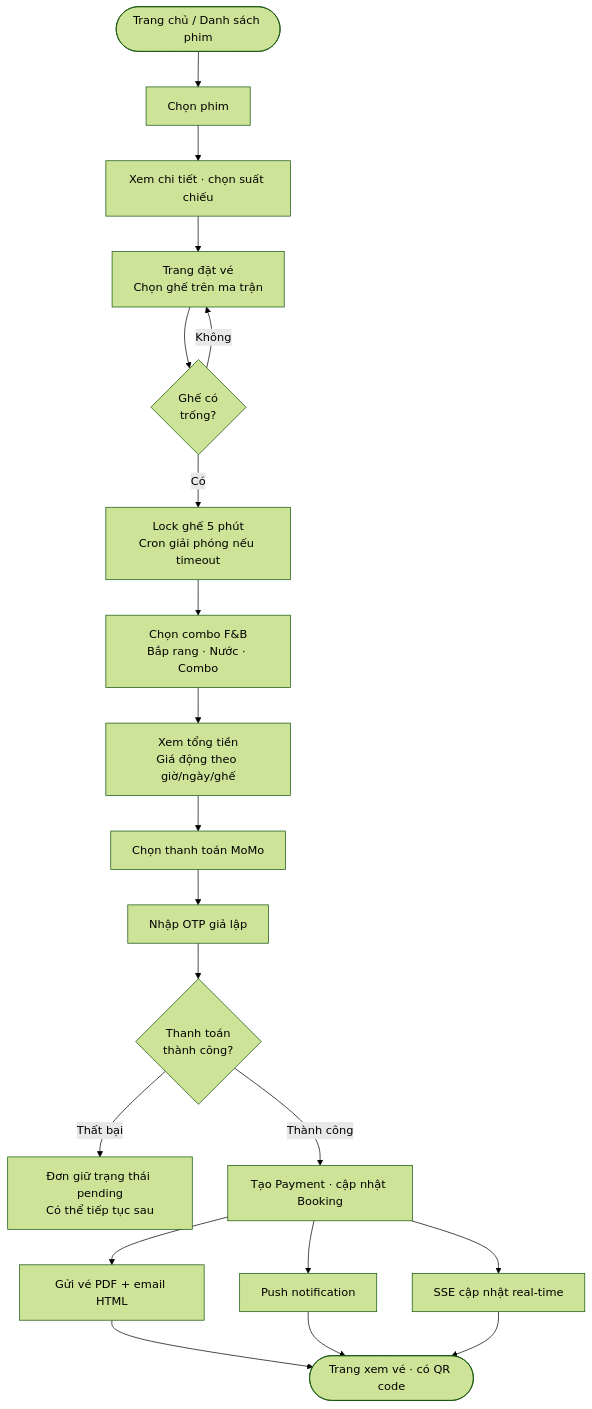
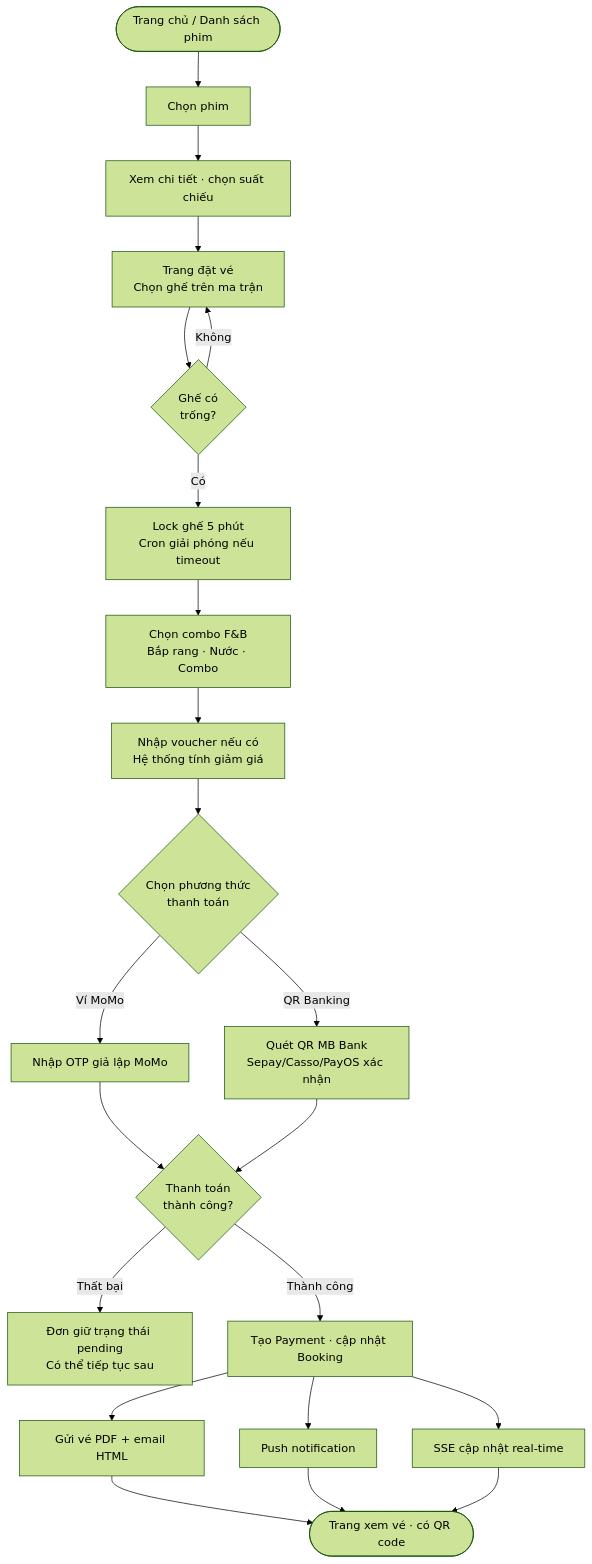
One commit to dduck210/cine-clone changed the first of 3 diagrams in docs/project-overview.md. Above: the diagram before and after it, drawn with Mermaid (forest theme). The commit also changed other lines of this file, not shown here.

````diff
--- a/docs/project-overview.md
+++ b/docs/project-overview.md
@@ -62,20 +94,21 @@
 ```mermaid
 flowchart TD
     A([Trang chủ / Danh sách phim]) --> B[Chọn phim]
     B --> C[Xem chi tiết · chọn suất chiếu]
     C --> D[Trang đặt vé\nChọn ghế trên ma trận]
     D --> E{Ghế có\ntrống?}
     E -- Không --> D
     E -- Có --> F[Lock ghế 5 phút\nCron giải phóng nếu timeout]
     F --> G[Chọn combo F&B\nBắp rang · Nước · Combo]
-    G --> H[Xem tổng tiền\nGiá động theo giờ/ngày/ghế]
-    H --> I[Chọn thanh toán MoMo]
-    I --> J[Nhập OTP giả lập]
-    J --> K{Thanh toán\nthành công?}
+    G --> H[Nhập voucher nếu có\nHệ thống tính giảm giá]
+    H --> I{Chọn phương thức\nthanh toán}
+    I -- Ví MoMo --> J1[Nhập OTP giả lập MoMo]
+    I -- QR Banking --> J2[Quét QR MB Bank\nSepay/Casso/PayOS xác nhận]
+    J1 & J2 --> K{Thanh toán\nthành công?}
     K -- Thất bại --> L[Đơn giữ trạng thái pending\nCó thể tiếp tục sau]
     K -- Thành công --> M[Tạo Payment · cập nhật Booking]
     M --> N[Gửi vé PDF + email HTML]
     M --> O[Push notification]
     M --> P[SSE cập nhật real-time]
     N & O & P --> Q([Trang xem vé · có QR code])
 ```
````
